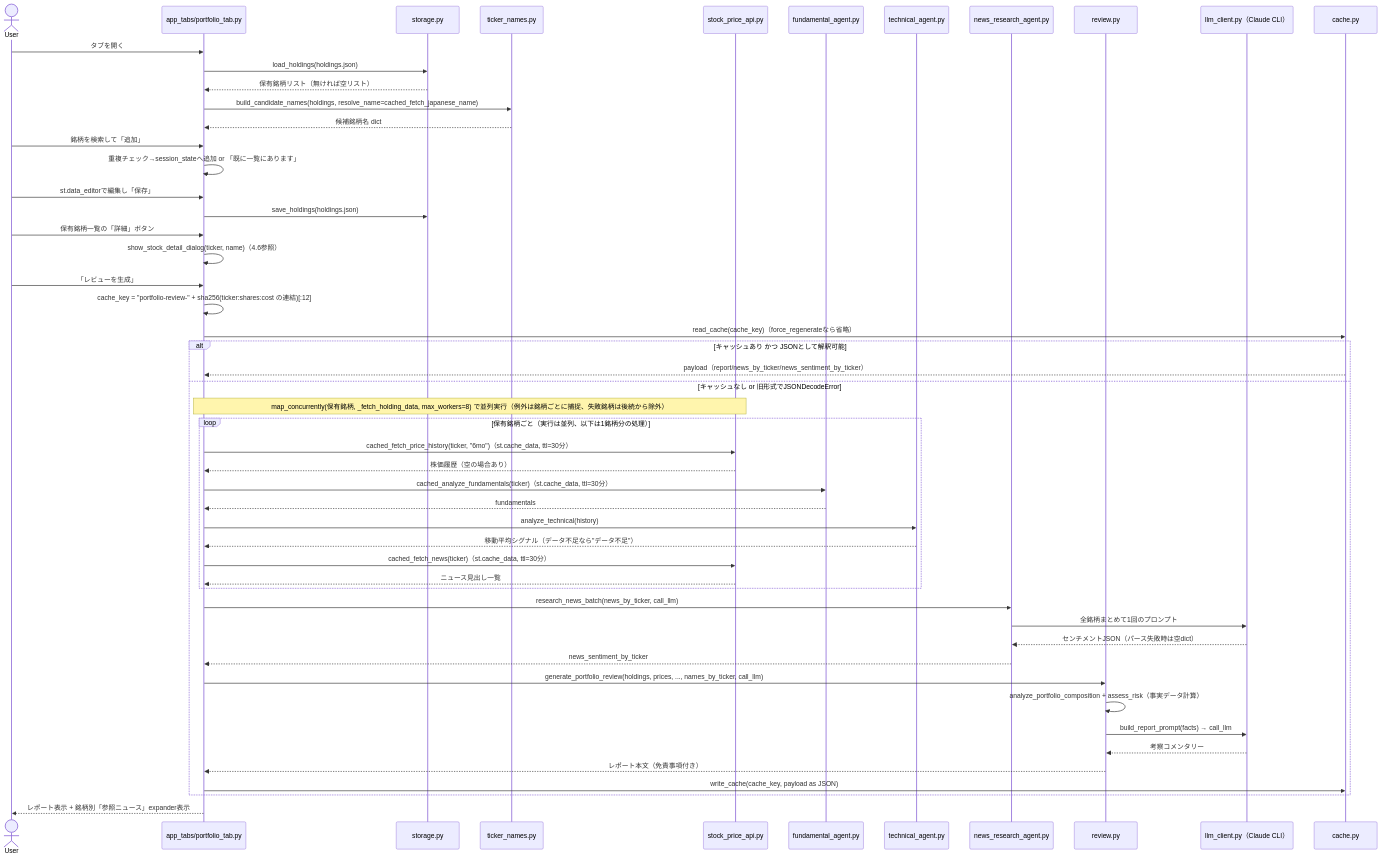
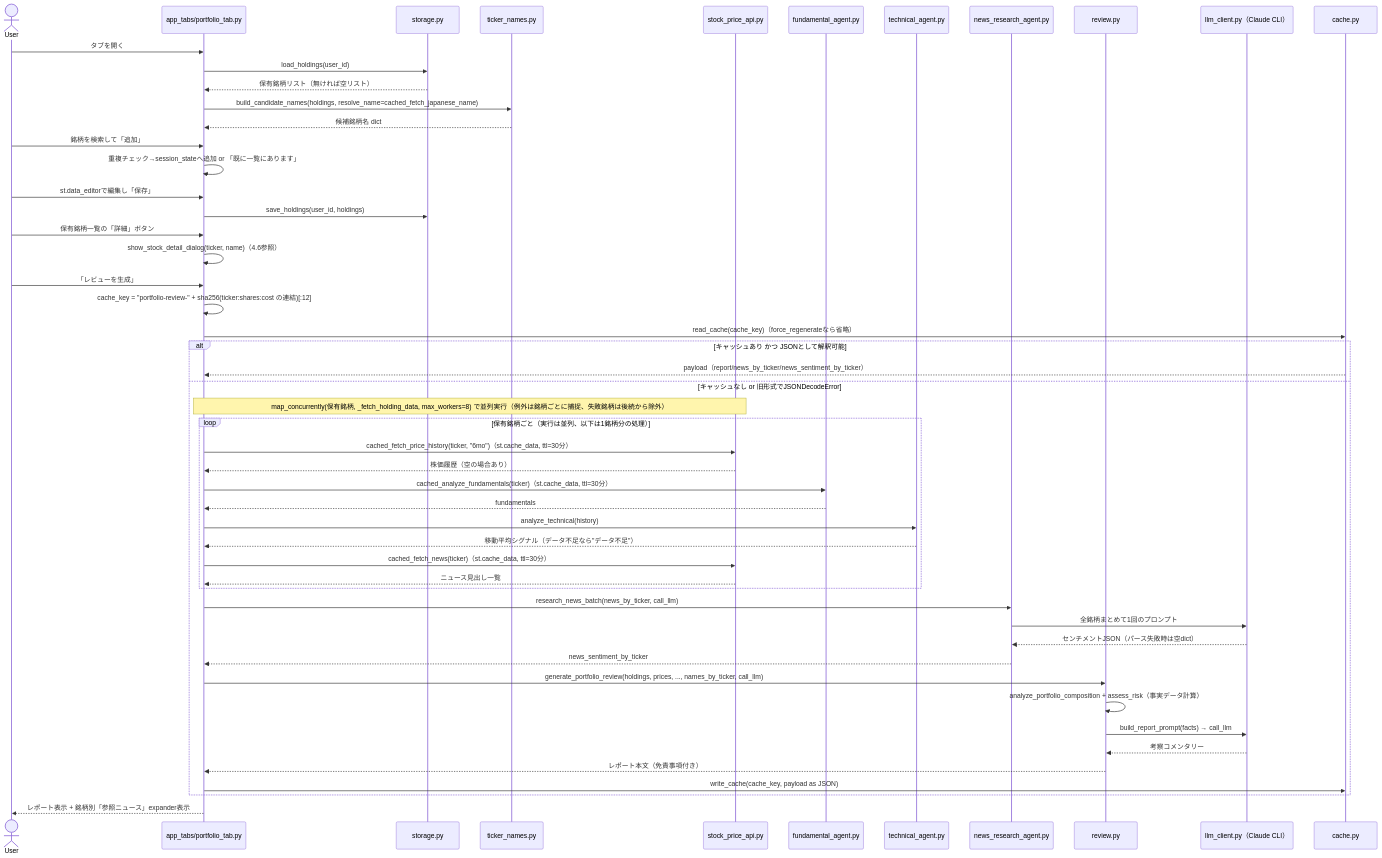
The second of 11 diagrams in app/docs/app-design.md (duwenji/ai-stock-investing-tutorial), drawn with Mermaid before and after one commit. The commit also changed other lines of this file, not shown here.

````diff
--- a/app/docs/app-design.md
+++ b/app/docs/app-design.md
@@ -335,59 +333,59 @@
 ```mermaid
 sequenceDiagram
     actor User
     participant UI as app_tabs/portfolio_tab.py
     participant Storage as storage.py
     participant Names as ticker_names.py
     participant PriceAPI as stock_price_api.py
     participant Fund as fundamental_agent.py
     participant Tech as technical_agent.py
     participant News as news_research_agent.py
     participant Review as review.py
     participant LLM as llm_client.py（Claude CLI）
     participant Cache as cache.py
 
     User->>UI: タブを開く
-    UI->>Storage: load_holdings(holdings.json)
+    UI->>Storage: load_holdings(user_id)
     Storage-->>UI: 保有銘柄リスト（無ければ空リスト）
     UI->>Names: build_candidate_names(holdings, resolve_name=cached_fetch_japanese_name)
     Names-->>UI: 候補銘柄名 dict
 
     User->>UI: 銘柄を検索して「追加」
     UI->>UI: 重複チェック→session_stateへ追加 or 「既に一覧にあります」
 
     User->>UI: st.data_editorで編集し「保存」
-    UI->>Storage: save_holdings(holdings.json)
+    UI->>Storage: save_holdings(user_id, holdings)
 
     User->>UI: 保有銘柄一覧の「詳細」ボタン
     UI->>UI: show_stock_detail_dialog(ticker, name)（4.6参照）
 
     User->>UI: 「レビューを生成」
     UI->>UI: cache_key = "portfolio-review-" + sha256(ticker:shares:cost の連結)[:12]
     UI->>Cache: read_cache(cache_key)（force_regenerateなら省略）
     alt キャッシュあり かつ JSONとして解釈可能
         Cache-->>UI: payload（report/news_by_ticker/news_sentiment_by_ticker）
     else キャッシュなし or 旧形式でJSONDecodeError
         Note over UI,PriceAPI: map_concurrently(保有銘柄, _fetch_holding_data, max_workers=8) で並列実行（例外は銘柄ごとに捕捉、失敗銘柄は後続から除外）
         loop 保有銘柄ごと（実行は並列、以下は1銘柄分の処理）
             UI->>PriceAPI: cached_fetch_price_history(ticker, "6mo")（st.cache_data, ttl=30分）
             PriceAPI-->>UI: 株価履歴（空の場合あり）
             UI->>Fund: cached_analyze_fundamentals(ticker)（st.cache_data, ttl=30分）
             Fund-->>UI: fundamentals
             UI->>Tech: analyze_technical(history)
             Tech-->>UI: 移動平均シグナル（データ不足なら"データ不足"）
             UI->>PriceAPI: cached_fetch_news(ticker)（st.cache_data, ttl=30分）
             PriceAPI-->>UI: ニュース見出し一覧
         end
         UI->>News: research_news_batch(news_by_ticker, call_llm)
         News->>LLM: 全銘柄まとめて1回のプロンプト
         LLM-->>News: センチメントJSON（パース失敗時は空dict）
         News-->>UI: news_sentiment_by_ticker
         UI->>Review: generate_portfolio_review(holdings, prices, ..., names_by_ticker, call_llm)
         Review->>Review: analyze_portfolio_composition + assess_risk（事実データ計算）
         Review->>LLM: build_report_prompt(facts) → call_llm
         LLM-->>Review: 考察コメンタリー
         Review-->>UI: レポート本文（免責事項付き）
         UI->>Cache: write_cache(cache_key, payload as JSON)
     end
     UI-->>User: レポート表示 + 銘柄別「参照ニュース」expander表示
 ```
````
